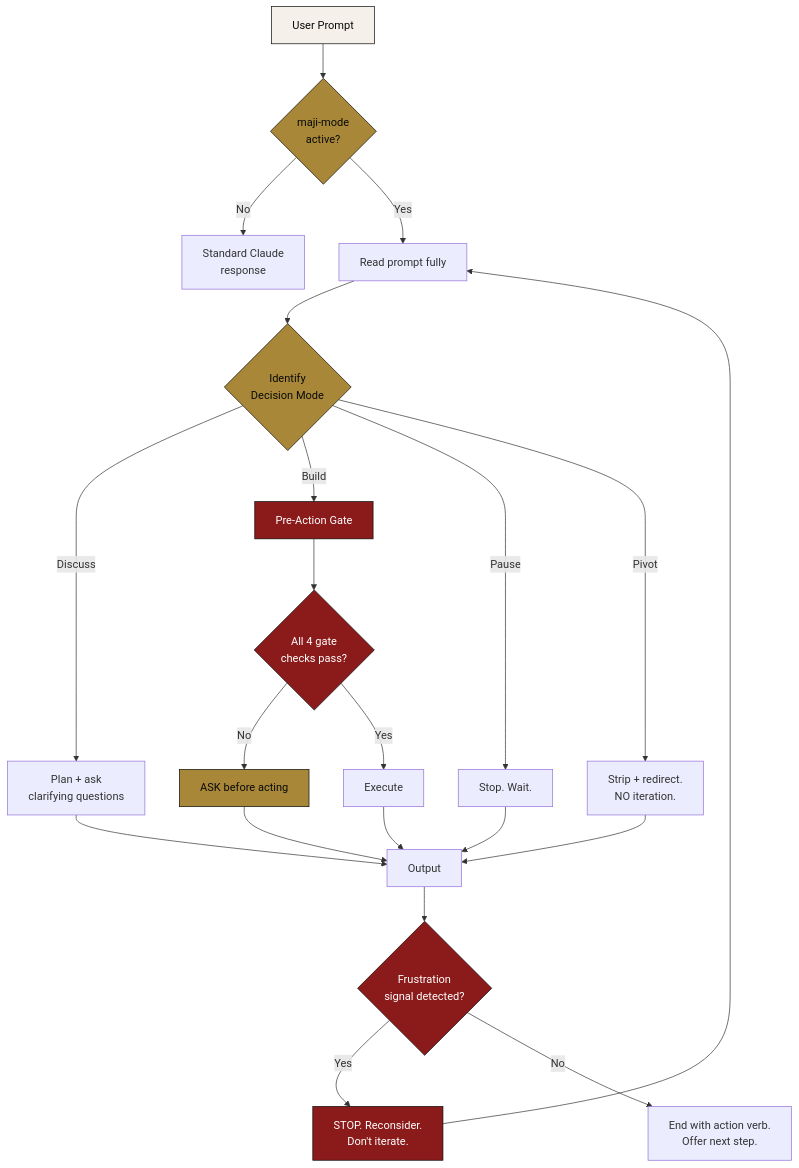
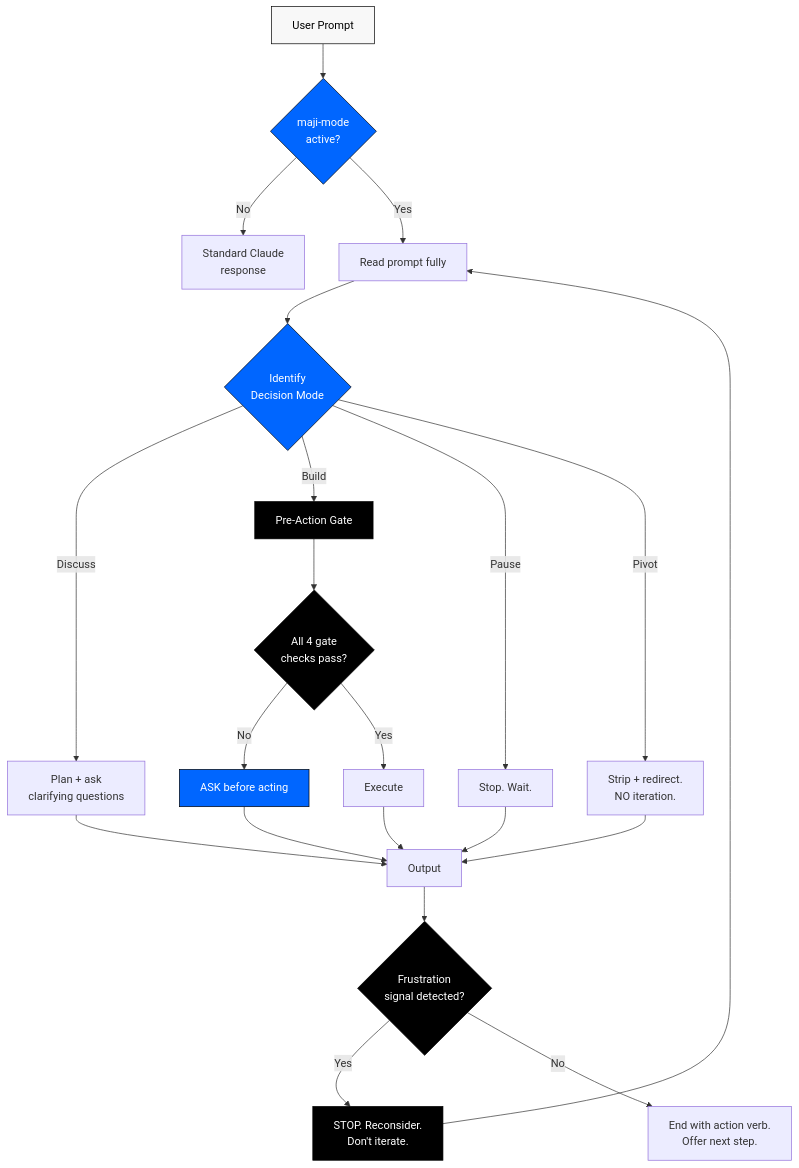
Before and after one commit to Ijam18/MAJI-Skills: the third of 6 diagrams in README.md, drawn with Mermaid. The commit also changed other lines of this file and 6 other files, not shown here.

````diff
--- a/README.md
+++ b/README.md
@@ -220,36 +221,36 @@
 ```mermaid
 flowchart TD
     A[User Prompt] --> B{maji-mode<br/>active?}
     B -->|No| Z[Standard Claude<br/>response]
     B -->|Yes| C[Read prompt fully]
     C --> D{Identify<br/>Decision Mode}
 
     D -->|Discuss| E[Plan + ask<br/>clarifying questions]
     D -->|Build| F[Pre-Action Gate]
     D -->|Pause| G[Stop. Wait.]
     D -->|Pivot| H[Strip + redirect.<br/>NO iteration.]
 
     F --> I{All 4 gate<br/>checks pass?}
     I -->|No| J[ASK before acting]
     I -->|Yes| K[Execute]
 
     E --> L[Output]
     K --> L
     G --> L
     H --> L
     J --> L
 
     L --> M{Frustration<br/>signal detected?}
     M -->|Yes| N[STOP. Reconsider.<br/>Don't iterate.]
     M -->|No| O[End with action verb.<br/>Offer next step.]
     N --> C
 
-    style A fill:#F5F1EA,stroke:#0A0A0A,color:#0A0A0A
-    style B fill:#A88838,stroke:#0A0A0A,color:#0A0A0A
-    style D fill:#A88838,stroke:#0A0A0A,color:#0A0A0A
-    style F fill:#8B1A1A,stroke:#0A0A0A,color:#FFFFFF
-    style I fill:#8B1A1A,stroke:#0A0A0A,color:#FFFFFF
-    style M fill:#8B1A1A,stroke:#0A0A0A,color:#FFFFFF
-    style N fill:#8B1A1A,stroke:#0A0A0A,color:#FFFFFF
-    style J fill:#A88838,stroke:#0A0A0A,color:#0A0A0A
+    style A fill:#F8F8F8,stroke:#000000,color:#000000
+    style B fill:#0066FF,stroke:#000000,color:#FFFFFF
+    style D fill:#0066FF,stroke:#000000,color:#FFFFFF
+    style F fill:#000000,stroke:#000000,color:#FFFFFF
+    style I fill:#000000,stroke:#000000,color:#FFFFFF
+    style M fill:#000000,stroke:#000000,color:#FFFFFF
+    style N fill:#000000,stroke:#000000,color:#FFFFFF
+    style J fill:#0066FF,stroke:#000000,color:#FFFFFF
 ```
````
